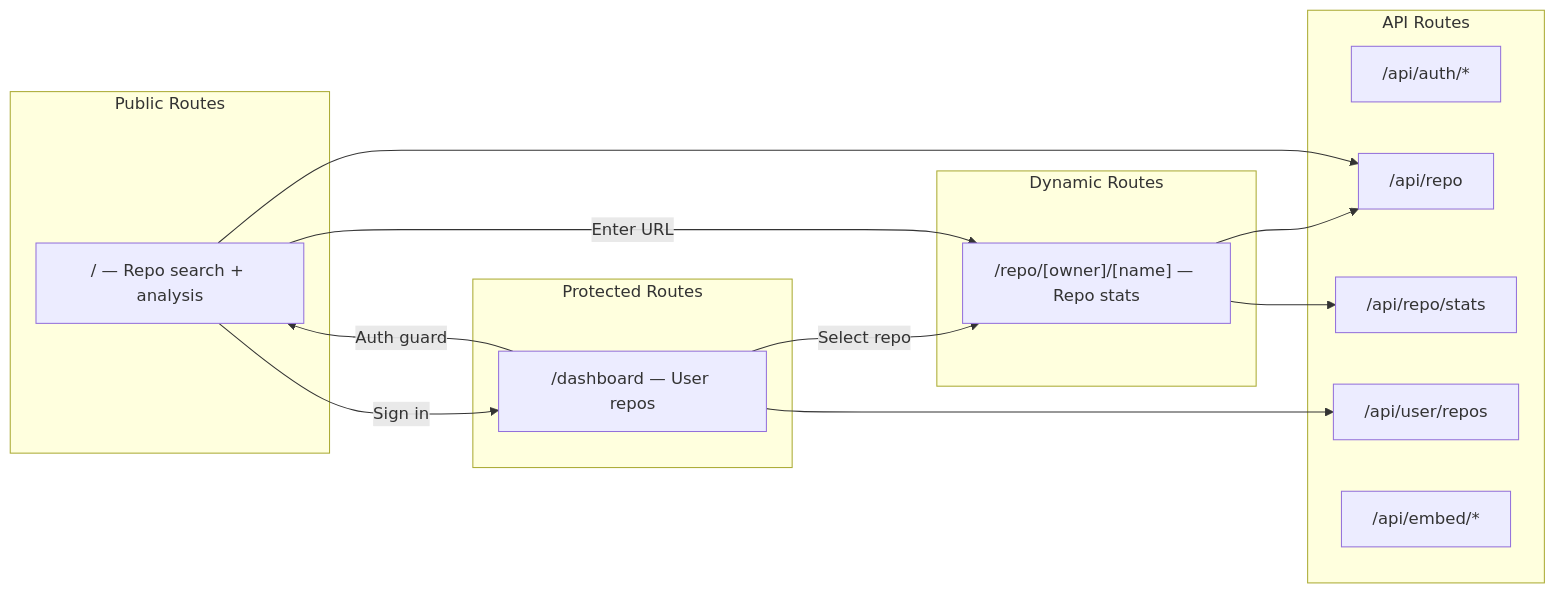
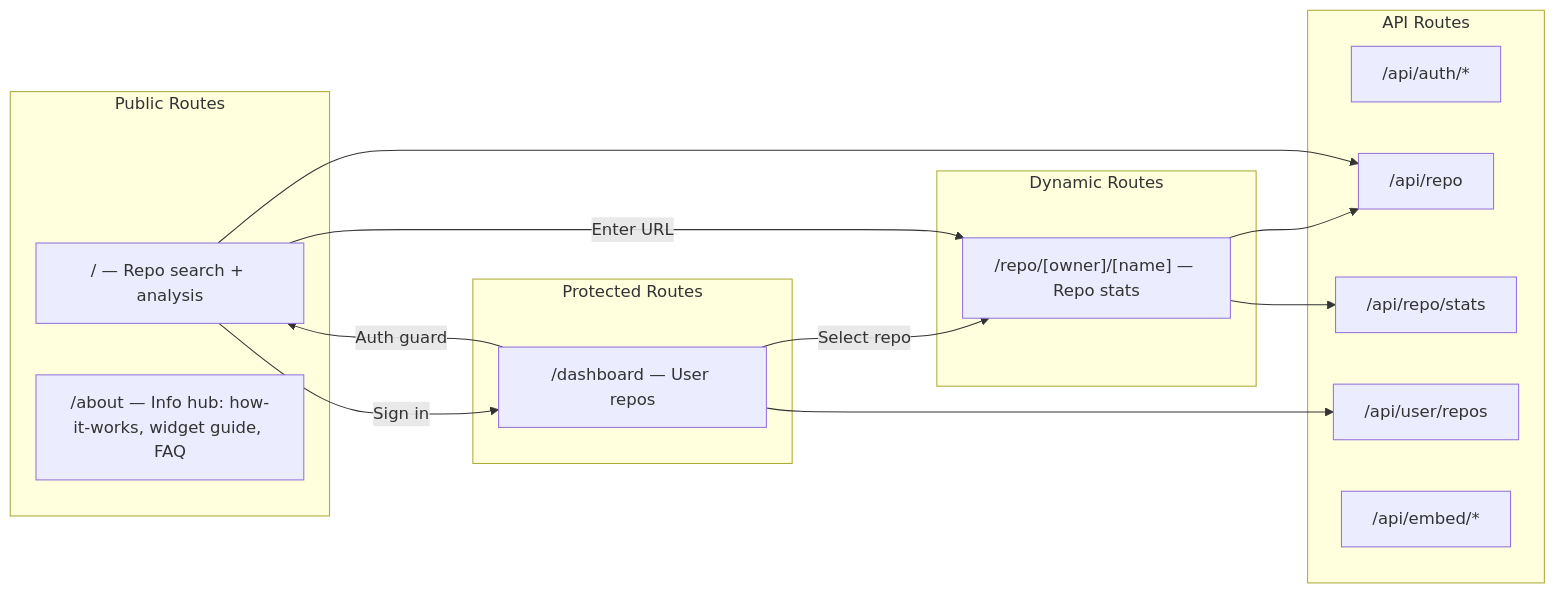
Before and after one commit to Technical-1/RepoLens: the second of 3 diagrams in .portfolio/architecture.md, drawn with Mermaid. The commit also changed other lines of this file and 2 other files, not shown here.

Commit message:
docs: refresh portfolio docs for /about info hub

````diff
--- a/.portfolio/architecture.md
+++ b/.portfolio/architecture.md
@@ -111,32 +111,33 @@
 ```mermaid
 graph LR
     subgraph Public["Public Routes"]
         Home["/ — Repo search + analysis"]
+        About["/about — Info hub: how-it-works, widget guide, FAQ"]
     end
 
     subgraph Protected["Protected Routes"]
         DashboardRoute["/dashboard — User repos"]
     end
 
     subgraph Dynamic["Dynamic Routes"]
         RepoRoute["/repo/[owner]/[name] — Repo stats"]
     end
 
     subgraph APIRoutes["API Routes"]
         Auth["/api/auth/*"]
         Repo["/api/repo"]
         Stats["/api/repo/stats"]
         UserRepos["/api/user/repos"]
         EmbedAPI["/api/embed/*"]
     end
 
     Home -->|Sign in| DashboardRoute
     DashboardRoute -->|Select repo| RepoRoute
     Home -->|Enter URL| RepoRoute
     DashboardRoute -->|Auth guard| Home
 
     RepoRoute --> Repo
     RepoRoute --> Stats
     DashboardRoute --> UserRepos
     Home --> Repo
 ```
````
